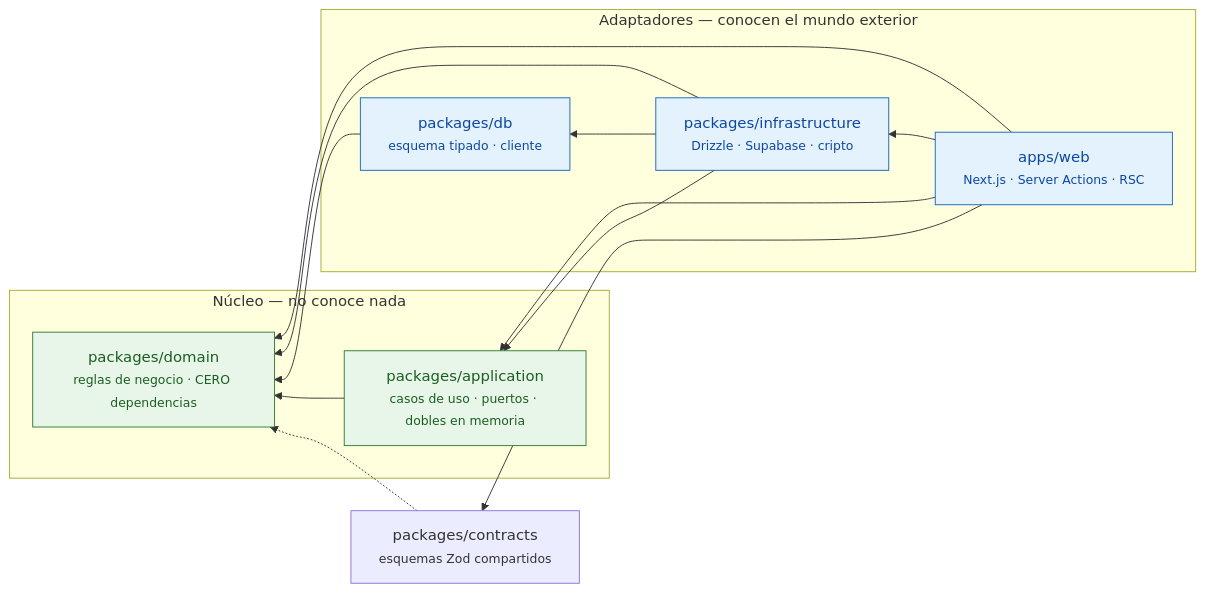
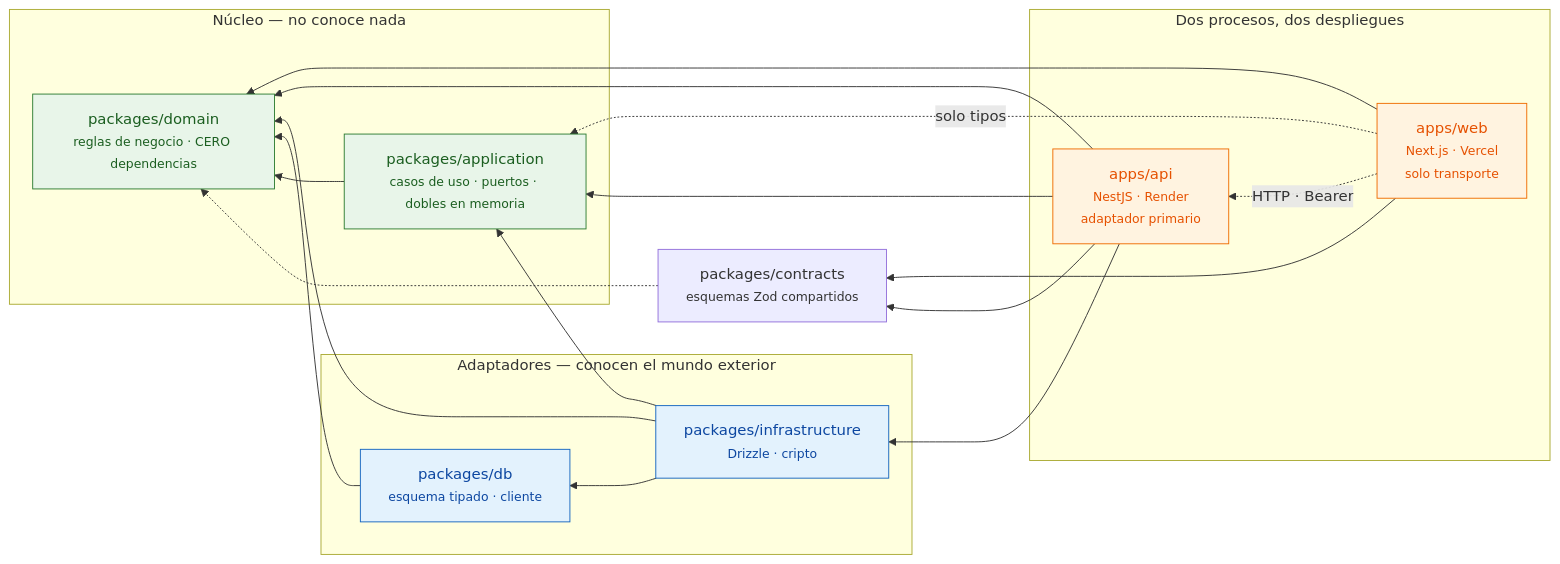
Before and after one commit to Jundev66/CoreBiz: the diagram in docs/diagrams/dependency-graph.md, drawn with Mermaid. The commit also changed other lines of this file and 4 other files, not shown here.

````diff
--- a/docs/diagrams/dependency-graph.md
+++ b/docs/diagrams/dependency-graph.md
@@ -16,31 +16,41 @@
 ```mermaid
 flowchart RL
+  subgraph despliegues["Dos procesos, dos despliegues"]
+    web["apps/web<br/><small>Next.js · Vercel<br/>solo transporte</small>"]
+    api["apps/api<br/><small>NestJS · Render<br/>adaptador primario</small>"]
+  end
+
   subgraph adaptadores["Adaptadores — conocen el mundo exterior"]
-    web["apps/web<br/><small>Next.js · Server Actions · RSC</small>"]
-    infra["packages/infrastructure<br/><small>Drizzle · Supabase · cripto</small>"]
+    infra["packages/infrastructure<br/><small>Drizzle · cripto</small>"]
     db["packages/db<br/><small>esquema tipado · cliente</small>"]
   end
 
   subgraph nucleo["Núcleo — no conoce nada"]
     app["packages/application<br/><small>casos de uso · puertos · dobles en memoria</small>"]
     dom["packages/domain<br/><small>reglas de negocio · CERO dependencias</small>"]
   end
 
   contracts["packages/contracts<br/><small>esquemas Zod compartidos</small>"]
 
-  web --> app
+  web -. "HTTP · Bearer" .-> api
   web --> dom
-  web --> infra
   web --> contracts
+  web -. "solo tipos" .-> app
+  api --> app
+  api --> dom
+  api --> infra
+  api --> contracts
   infra --> app
   infra --> dom
   infra --> db
   db --> dom
   app --> dom
   contracts -.-> dom
 
   classDef core fill:#e8f5e9,stroke:#2e7d32,color:#1b5e20
   classDef adapter fill:#e3f2fd,stroke:#1565c0,color:#0d47a1
+  classDef proc fill:#fff3e0,stroke:#ef6c00,color:#e65100
   class app,dom core
-  class web,infra,db adapter
+  class infra,db adapter
+  class web,api proc
 ```
````
